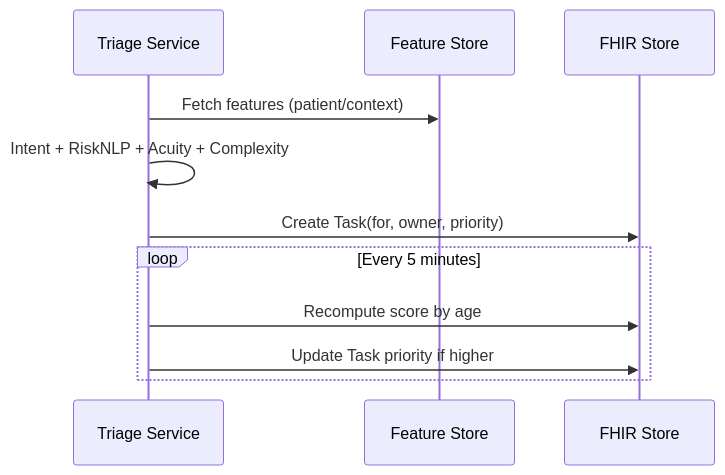
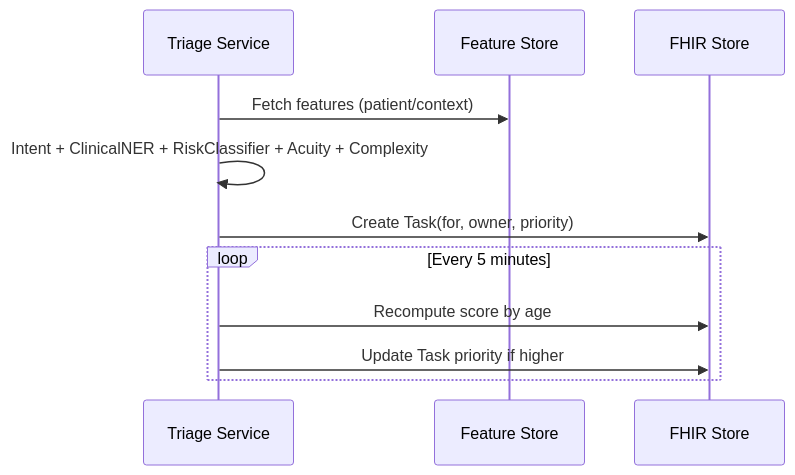
Before and after one commit to georgeahmed/onecare: the sixth of 12 diagrams in Algorithm.md, drawn with Mermaid. The commit also changed other lines of this file, not shown here.

````diff
--- a/Algorithm.md
+++ b/Algorithm.md
@@ -424,13 +474,13 @@
 ```mermaid
 sequenceDiagram
   participant Tri as Triage Service
   participant FS as Feature Store
   participant F as FHIR Store
   Tri->>FS: Fetch features (patient/context)
-  Tri->>Tri: Intent + RiskNLP + Acuity + Complexity
+  Tri->>Tri: Intent + ClinicalNER + RiskClassifier + Acuity + Complexity
   Tri->>F: Create Task(for, owner, priority)
   loop Every 5 minutes
     Tri->>F: Recompute score by age
     Tri->>F: Update Task priority if higher
   end
 ```
````
